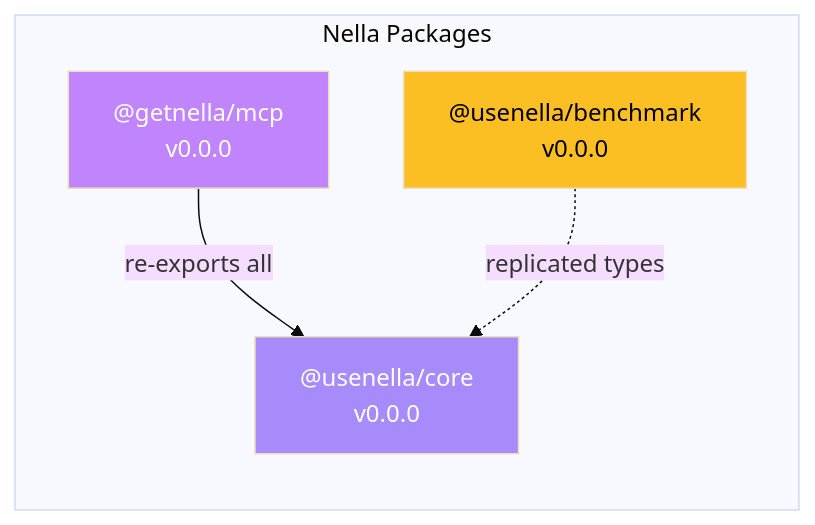
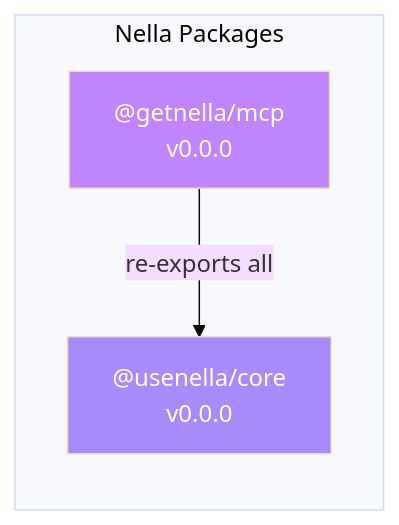
Before and after one commit to nella-labs/nella: the fourth of 4 diagrams in docs/architecture/overview.md, drawn with Mermaid (base theme). The commit also changed other lines of this file and 13 other files, not shown here.

````diff
--- a/docs/architecture/overview.md
+++ b/docs/architecture/overview.md
@@ -148,15 +133,12 @@
 ```mermaid
 graph LR
     subgraph packages["Nella Packages"]
         nella["@getnella/mcp<br/>v0.0.0"]
         core["@usenella/core<br/>v0.0.0"]
-        bench["@usenella/benchmark<br/>v0.0.0"]
     end
 
     nella -->|"re-exports all"| core
-    bench -.->|"replicated types"| core
 
     style nella fill:#c084fc,color:#fff
     style core fill:#a78bfa,color:#fff
-    style bench fill:#fbbf24,color:#000
 ```
````
